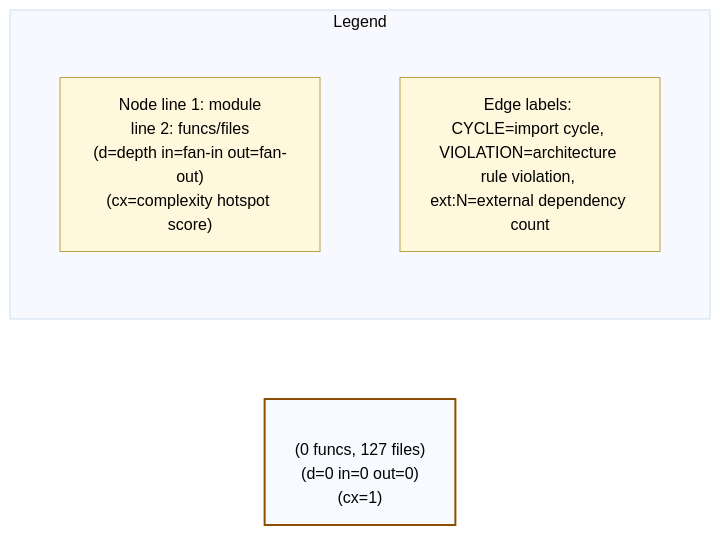
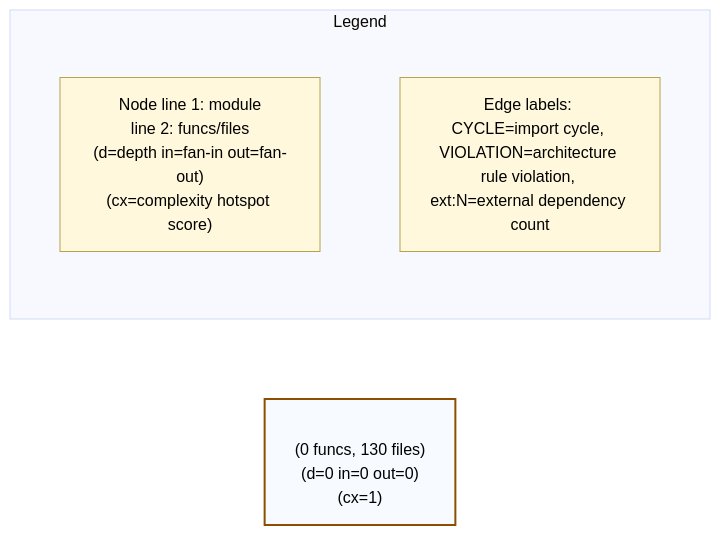
One commit to michaelbomholt665/code-watch changed the diagram in docs/diagrams/graph.mmd. Above: the diagram before and after it, drawn with Mermaid. The commit also changed 12 other files, not shown here.

```diff
--- a/docs/diagrams/graph.mmd
+++ b/docs/diagrams/graph.mmd
@@ -1,16 +1,16 @@
 %%{init: {'theme': 'base', 'themeVariables': {'textColor': '#000000', 'primaryTextColor': '#000000', 'lineColor': '#333333'}, 'flowchart': {'nodeSpacing': 80, 'rankSpacing': 110, 'curve': 'basis'}}}%%
 flowchart LR
-  m["\n(0 funcs, 127 files)\n(d=0 in=0 out=0)\n(cx=1)"]
+  m["\n(0 funcs, 130 files)\n(d=0 in=0 out=0)\n(cx=1)"]
 
   classDef internalNode fill:#f7fbff,stroke:#4d6480,stroke-width:1px,color:#000000;
   class m internalNode;
   classDef hotspotNode stroke:#8a4f00,stroke-width:2px,color:#000000;
   class m hotspotNode;
 
 
   subgraph legend_info["Legend"]
     legend_metrics["Node line 1: module\nline 2: funcs/files\n(d=depth in=fan-in out=fan-out)\n(cx=complexity hotspot score)"]
     legend_edges["Edge labels: CYCLE=import cycle, VIOLATION=architecture rule violation, ext:N=external dependency count"]
   end
   classDef legendNode fill:#fff8dc,stroke:#b8a24c,stroke-width:1px,color:#000000;
   class legend_metrics,legend_edges legendNode;
```
